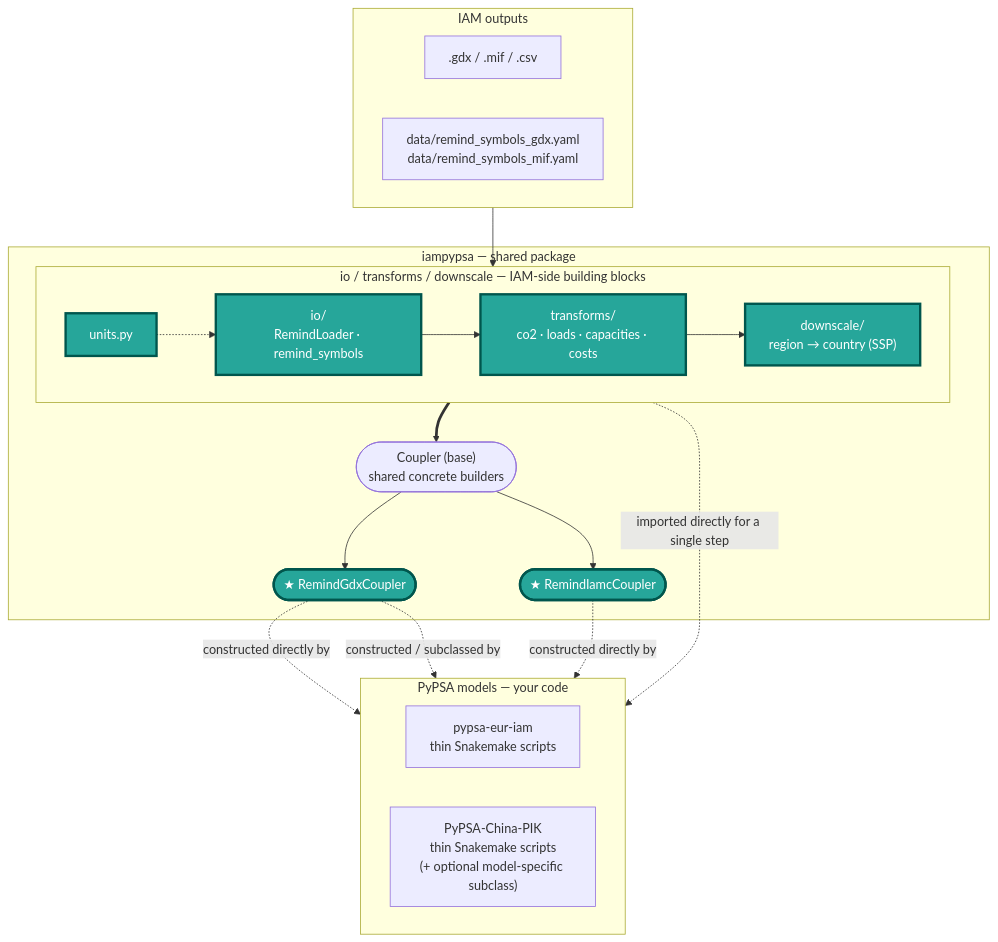
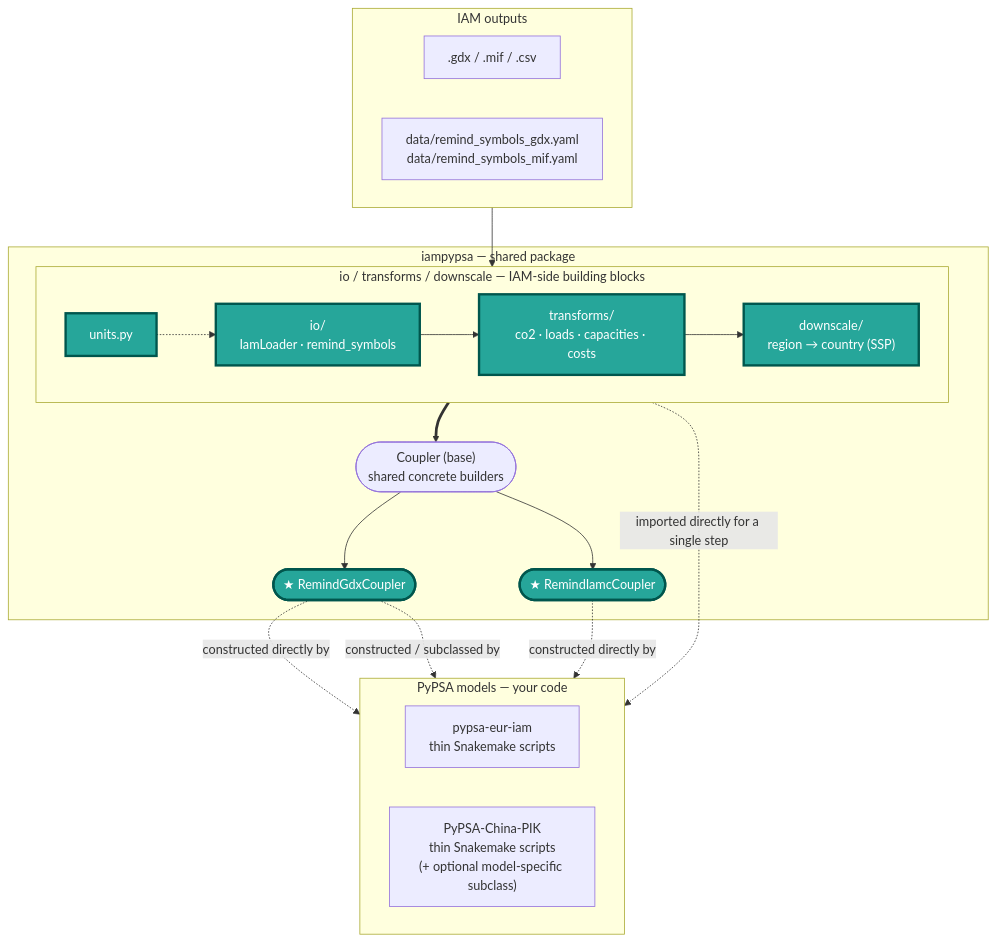
The diagram in docs/architecture.md (pik-piam/Remind-PyPSA-coupling), drawn with Mermaid before and after one commit. The commit also changed other lines of this file and 55 other files, not shown here.

````diff
--- a/docs/architecture.md
+++ b/docs/architecture.md
@@ -21,37 +21,37 @@
 ```mermaid
 flowchart TB
     subgraph inputs["IAM outputs"]
         direction LR
         src[".gdx / .mif / .csv"]
         cfg["data/remind_symbols_gdx.yaml<br/>data/remind_symbols_mif.yaml"]
     end
 
     subgraph pkg["iampypsa — shared package"]
         subgraph building_blocks["io / transforms / downscale — IAM-side building blocks"]
             direction LR
-            io["io/<br/>RemindLoader · remind_symbols"] --> tf["transforms/<br/>co2 · loads · capacities · costs"] --> ds["downscale/<br/>region → country (SSP)"]
+            io["io/<br/>IamLoader · remind_symbols"] --> tf["transforms/<br/>co2 · loads · capacities · costs"] --> ds["downscale/<br/>region → country (SSP)"]
             units["units.py"] -.-> io
         end
         base(["Coupler (base)<br/>shared concrete builders"])
         gdx(["★ RemindGdxCoupler"])
         iamc(["★ RemindIamcCoupler"])
         building_blocks ==> base
         base --> gdx
         base --> iamc
     end
 
     subgraph models["PyPSA models — your code"]
         direction LR
         eur["pypsa-eur-iam<br/>thin Snakemake scripts"]
         chn["PyPSA-China-PIK<br/>thin Snakemake scripts<br/>(+ optional model-specific subclass)"]
     end
 
     inputs --> building_blocks
     gdx -.->|constructed directly by| eur
     iamc -.->|constructed directly by| eur
     gdx -.->|constructed / subclassed by| chn
     building_blocks -.->|imported directly for a single step| eur
 
     classDef pub fill:#26a69a,stroke:#00564d,color:#ffffff,stroke-width:3px;
     class gdx,iamc,io,tf,ds,units pub
 ```
````
